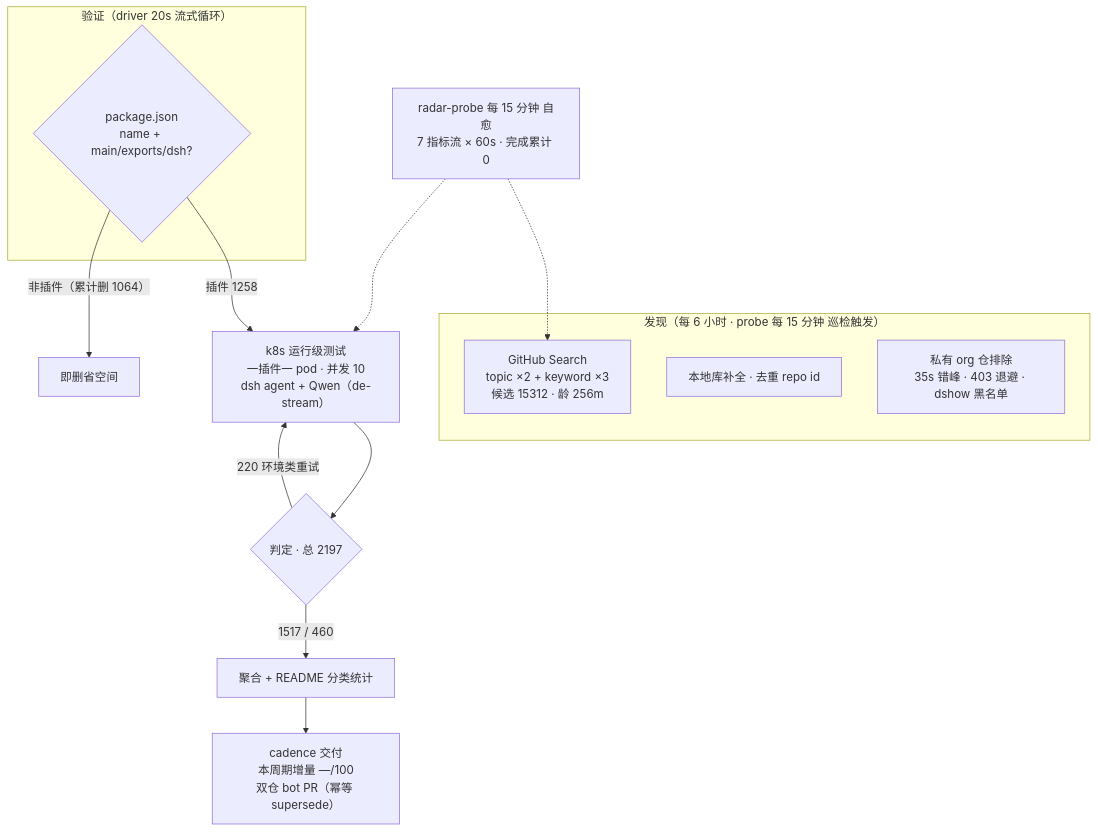
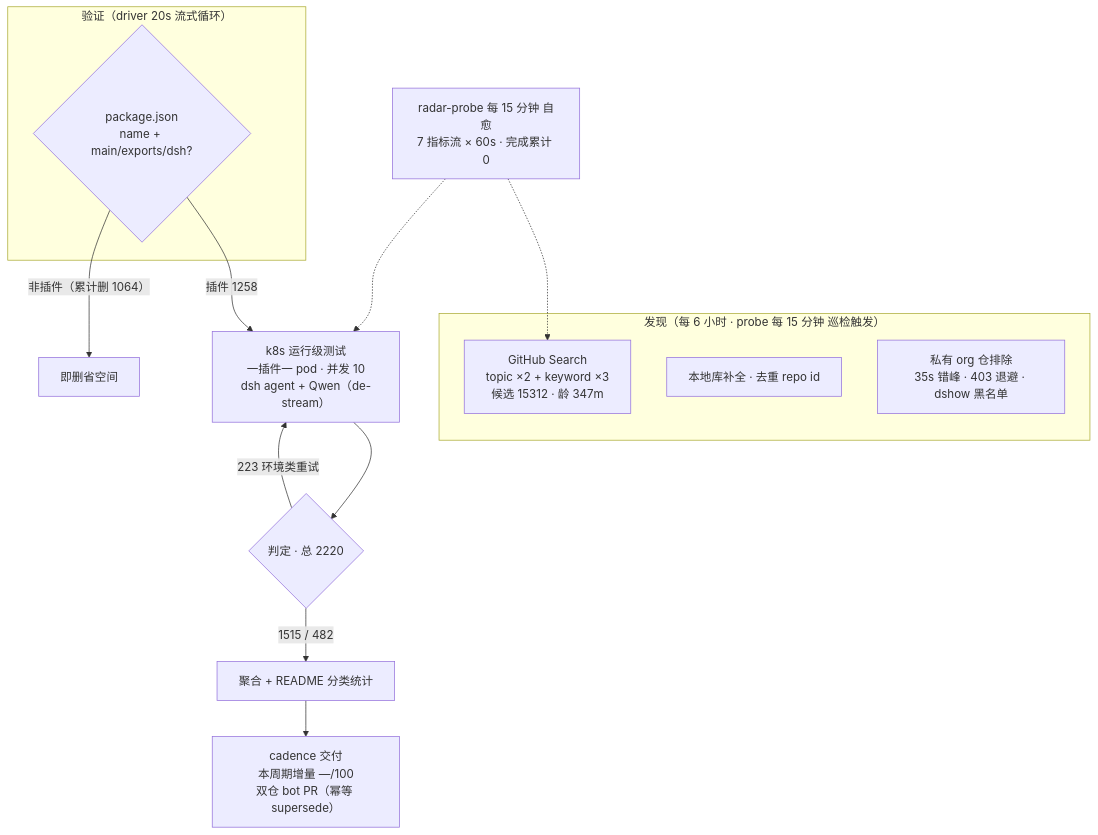
The diagram in README.md (Zhidao-Lab-OSS/awesome-dsh-plugins), drawn with Mermaid before and after one commit. The commit also changed other lines of this file and 1 other file, not shown here.

````diff
--- a/README.md
+++ b/README.md
@@ -37,20 +37,20 @@
 ```mermaid
 flowchart TB
     subgraph Discovery["发现（每 6 小时 · probe 每 15 分钟 巡检触发）"]
-        A1["GitHub Search<br/>topic ×2 + keyword ×3<br/>候选 15312 · 龄 256m"]
+        A1["GitHub Search<br/>topic ×2 + keyword ×3<br/>候选 15312 · 龄 347m"]
         A2["本地库补全 · 去重 repo id"]
         A3["私有 org 仓排除<br/>35s 错峰 · 403 退避 · dshow 黑名单"]
     end
     subgraph Validation["验证（driver 20s 流式循环）"]
         B1{"package.json<br/>name + main/exports/dsh?"}
     end
     B1 -->|"插件 1258"| C1["k8s 运行级测试<br/>一插件一 pod · 并发 10<br/>dsh agent + Qwen（de-stream）"]
     B1 -->|"非插件（累计删 1064）"| B3["即删省空间"]
-    C1 --> D1{"判定 · 总 2197"}
-    D1 -->|"1517 / 460"| E1["聚合 + README 分类统计"]
-    D1 -->|"220 环境类重试"| C1
+    C1 --> D1{"判定 · 总 2220"}
+    D1 -->|"1515 / 482"| E1["聚合 + README 分类统计"]
+    D1 -->|"223 环境类重试"| C1
     E1 --> E2["cadence 交付<br/>本周期增量 —/100<br/>双仓 bot PR（幂等 supersede）"]
     M["radar-probe 每 15 分钟 自愈<br/>7 指标流 × 60s · 完成累计 0"]
     M -.-> A1
     M -.-> C1
 ```
````
